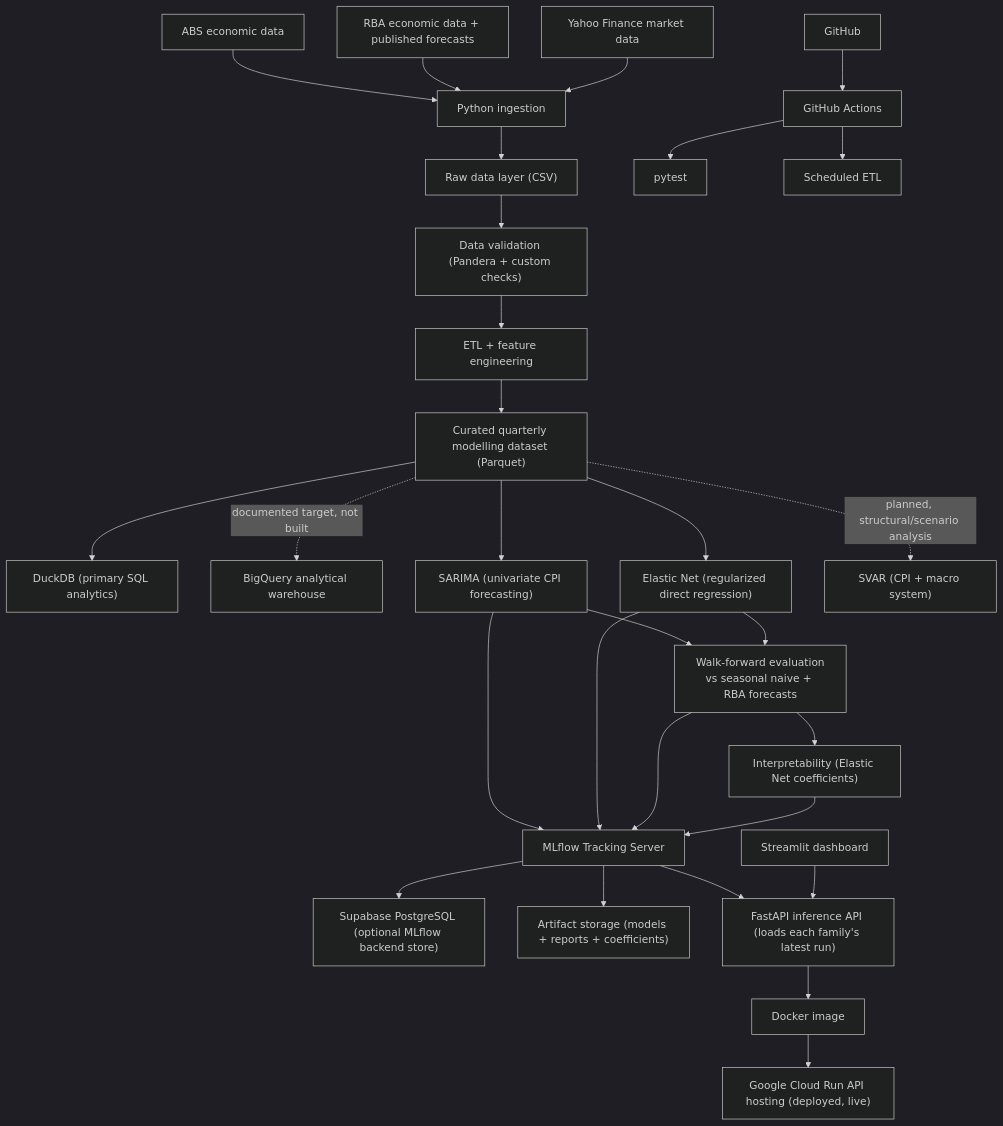
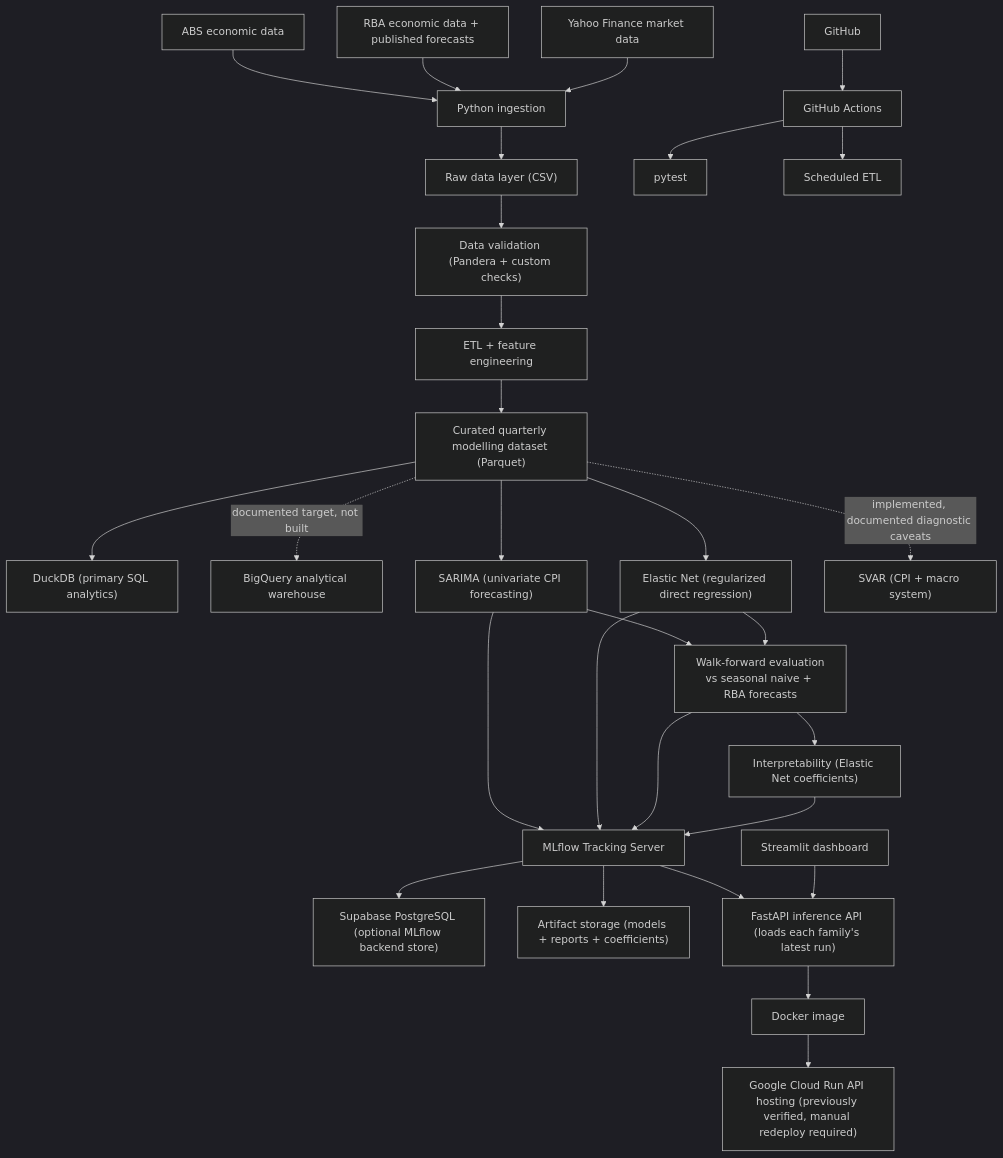
Before and after one commit to JuanVu1810/Australian-CPI-Forecast: the diagram in README.md, drawn with Mermaid (dark theme). The commit also changed other lines of this file, not shown here.

First line of the commit message:
Document SVAR scenario and classifier work

````diff
--- a/README.md
+++ b/README.md
@@ -338,41 +448,41 @@
 ```mermaid
 flowchart TD
     ABS["ABS economic data"] --> INGEST["Python ingestion"]
     RBA["RBA economic data + published forecasts"] --> INGEST
     YF["Yahoo Finance market data"] --> INGEST
 
     INGEST --> RAW["Raw data layer (CSV)"]
     RAW --> VALIDATE["Data validation (Pandera + custom checks)"]
     VALIDATE --> ETL["ETL + feature engineering"]
     ETL --> CURATED["Curated quarterly modelling dataset (Parquet)"]
 
     CURATED --> DUCKDB["DuckDB (primary SQL analytics)"]
     CURATED -. "documented target, not built" .-> BQ["BigQuery analytical warehouse"]
 
     CURATED --> SARIMA["SARIMA (univariate CPI forecasting)"]
     CURATED --> ELASTIC["Elastic Net (regularized direct regression)"]
-    CURATED -. "planned, structural/scenario analysis" .-> SVAR["SVAR (CPI + macro system)"]
+    CURATED -. "implemented, documented diagnostic caveats" .-> SVAR["SVAR (CPI + macro system)"]
 
     SARIMA --> EVAL["Walk-forward evaluation<br/>vs seasonal naive + RBA forecasts"]
     ELASTIC --> EVAL
 
     EVAL --> INTERP["Interpretability (Elastic Net coefficients)"]
 
     SARIMA --> MLFLOW["MLflow Tracking Server"]
     ELASTIC --> MLFLOW
     EVAL --> MLFLOW
     INTERP --> MLFLOW
 
     MLFLOW --> POSTGRES["Supabase PostgreSQL (optional MLflow backend store)"]
     MLFLOW --> ARTIFACTS["Artifact storage (models + reports + coefficients)"]
     MLFLOW --> API["FastAPI inference API (loads each family's latest run)"]
 
     STREAMLIT["Streamlit dashboard"] --> API
 
     API --> DOCKER["Docker image"]
-    DOCKER --> CLOUDRUN["Google Cloud Run API hosting (deployed, live)"]
+    DOCKER --> CLOUDRUN["Google Cloud Run API hosting (previously verified, manual redeploy required)"]
 
     GITHUB["GitHub"] --> ACTIONS["GitHub Actions"]
     ACTIONS --> TESTS["pytest"]
     ACTIONS --> SCHEDULE["Scheduled ETL"]
 ```
````
